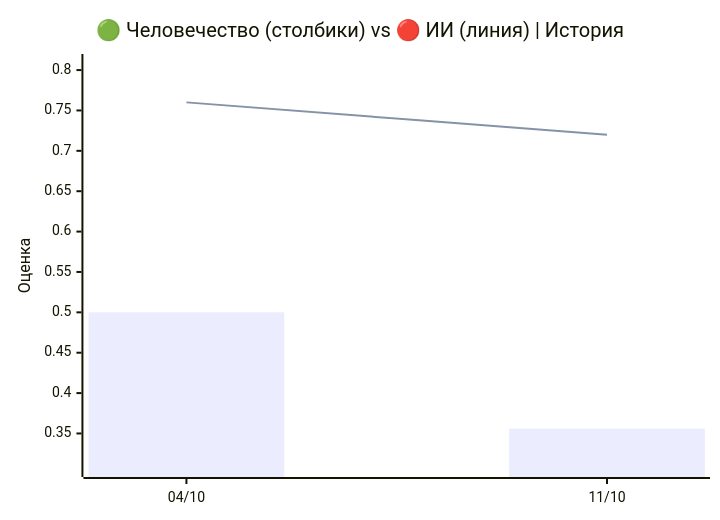
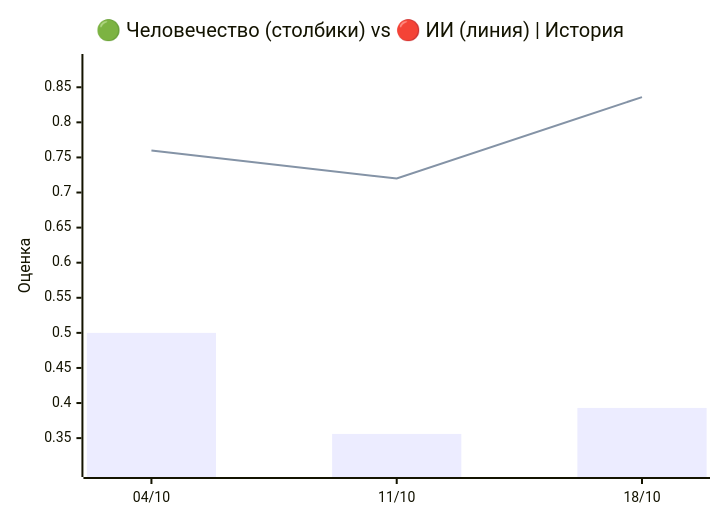
One commit to VQQLK/Human-AI-Monitor changed the first of 3 diagrams in README.ru.md. Above: the diagram before and after it, drawn with Mermaid. The commit also changed other lines of this file and 10 other files, not shown here.

````diff
--- a/README.ru.md
+++ b/README.ru.md
@@ -33,8 +33,8 @@
 ```mermaid
 xychart-beta
     title "🟢 Человечество (столбики) vs 🔴 ИИ (линия) | История"
-    x-axis ["04/10", "11/10"]
-    y-axis "Оценка" 0.306 --> 0.810
-    bar [0.500, 0.356]
-    line [0.760, 0.720]
+    x-axis ["04/10", "11/10", "18/10"]
+    y-axis "Оценка" 0.306 --> 0.886
+    bar [0.500, 0.356, 0.393]
+    line [0.760, 0.720, 0.836]
 ```
````
